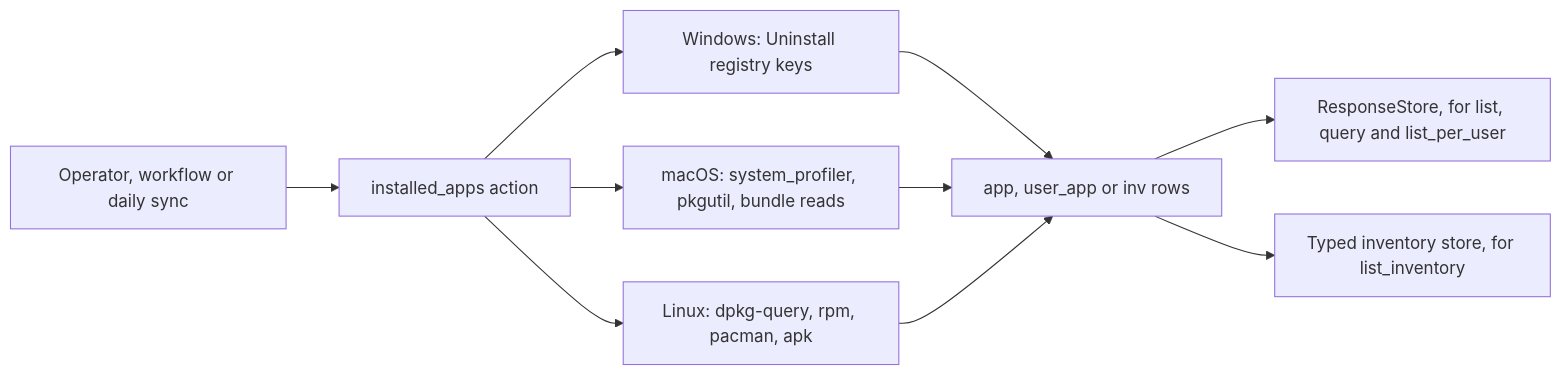
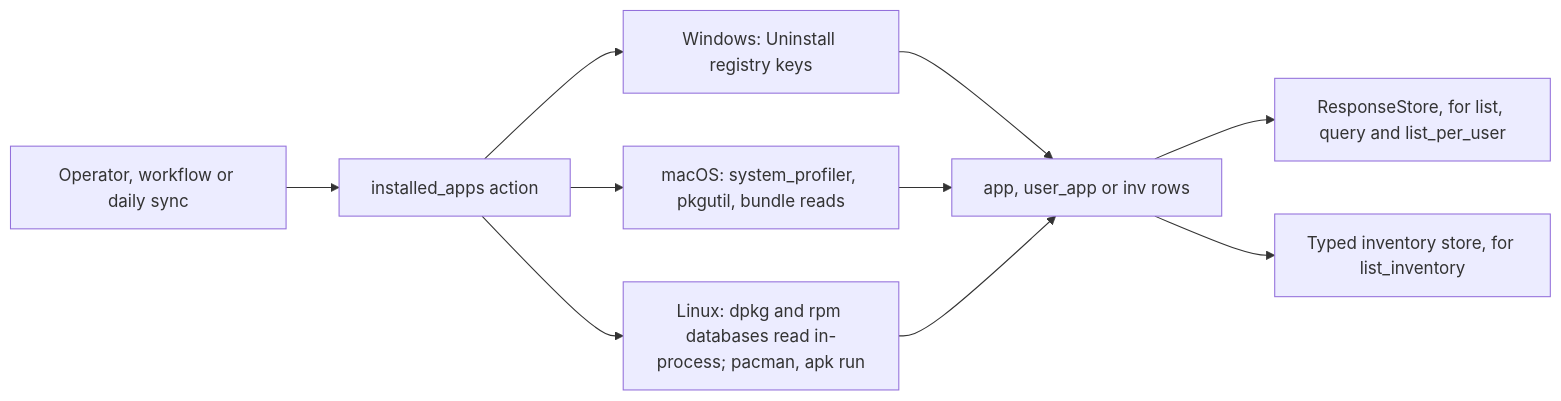
One commit to DevNullLtd/Yuzu changed the first of 3 diagrams in agents/plugins/installed_apps/README.md. Above: the diagram before and after it, drawn with Mermaid. The commit also changed other lines of this file and 50 other files, not shown here.

First line of the commit message:
feat(agent-plugins): read dpkg and rpm databases in-process (sam-45)

````diff
--- a/agents/plugins/installed_apps/README.md
+++ b/agents/plugins/installed_apps/README.md
@@ -21,12 +21,12 @@
 ```mermaid
 flowchart LR
   OP["Operator, workflow or daily sync"] --> EX["installed_apps action"]
   EX --> WIN["Windows: Uninstall registry keys"]
   EX --> MAC["macOS: system_profiler, pkgutil, bundle reads"]
-  EX --> LIN["Linux: dpkg-query, rpm, pacman, apk"]
+  EX --> LIN["Linux: dpkg and rpm databases read in-process; pacman, apk run"]
   WIN --> OUT["app, user_app or inv rows"]
   MAC --> OUT
   LIN --> OUT
   OUT --> RS["ResponseStore, for list, query and list_per_user"]
   OUT --> SYNC["Typed inventory store, for list_inventory"]
 ```
````
